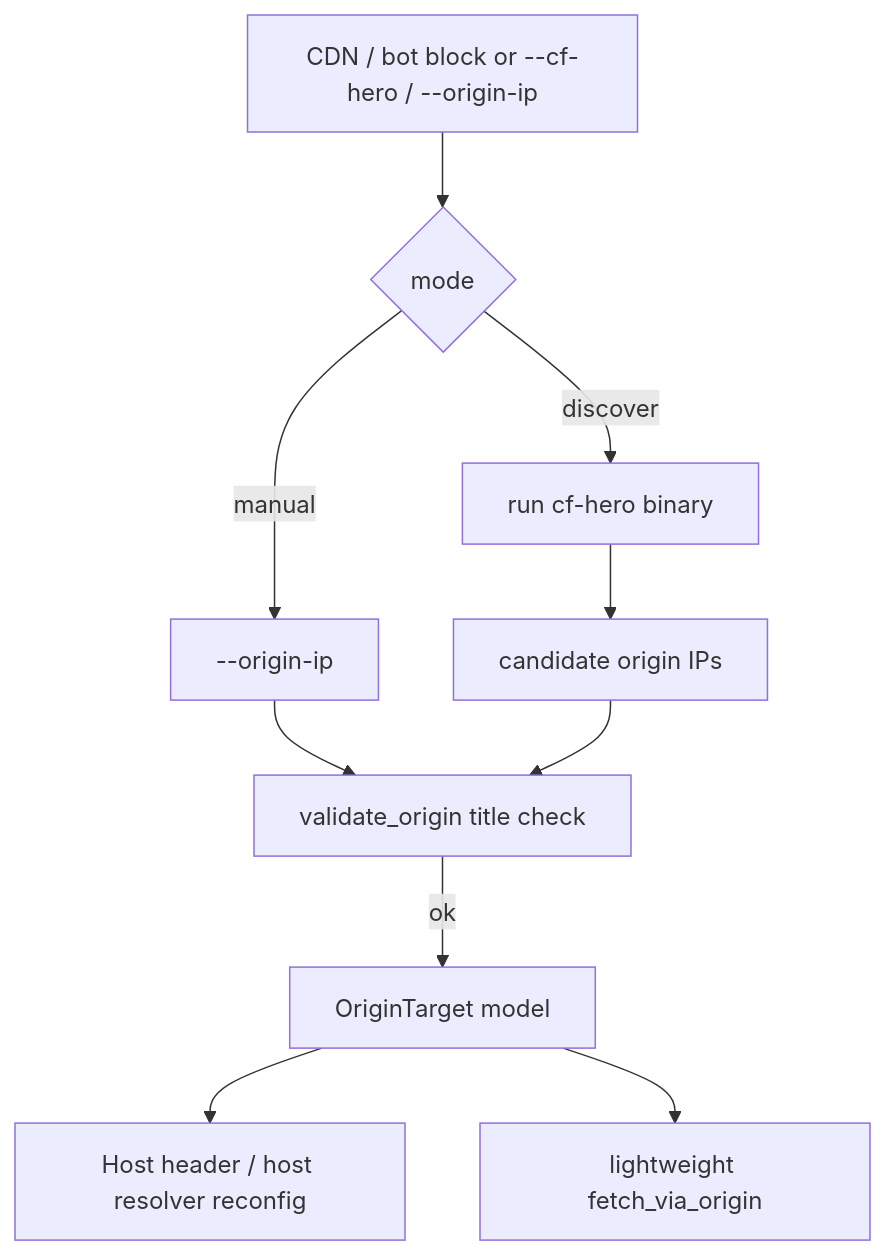
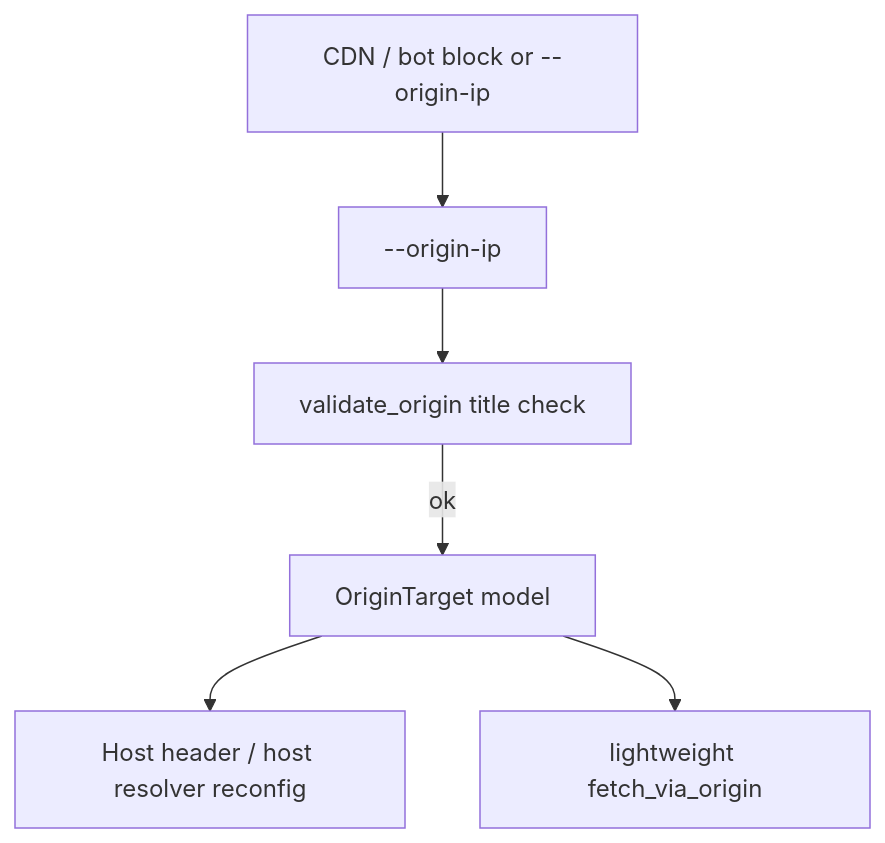
The fourth of 4 diagrams in docs/architecture/PROXY_ORIGIN.md (Shellghostt/WebVac), drawn with Mermaid before and after one commit. The commit also changed other lines of this file and 13 other files, not shown here.

Commit message:
Remove CF-Hero; keep manual origin-IP bypass only.

````diff
--- a/docs/architecture/PROXY_ORIGIN.md
+++ b/docs/architecture/PROXY_ORIGIN.md
@@ -87,12 +86,8 @@
 ```mermaid
 flowchart TD
-  Need[CDN / bot block or --cf-hero / --origin-ip] --> Mode{mode}
-  Mode -->|manual| IP[--origin-ip]
-  Mode -->|discover| Hero[run cf-hero binary]
-  Hero --> Cand[candidate origin IPs]
+  Need[CDN / bot block or --origin-ip] --> IP[--origin-ip]
   IP --> Val[validate_origin title check]
-  Cand --> Val
   Val -->|ok| OriginTarget[OriginTarget model]
   OriginTarget --> Browser[Host header / host resolver reconfig]
   OriginTarget --> Light[lightweight fetch_via_origin]
 ```
````
